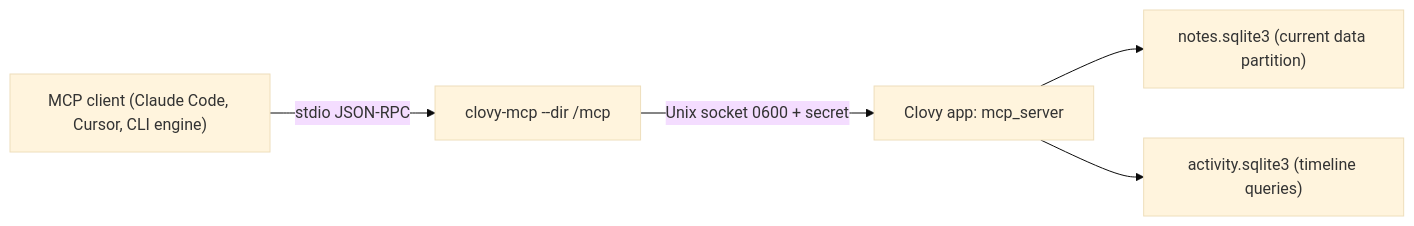
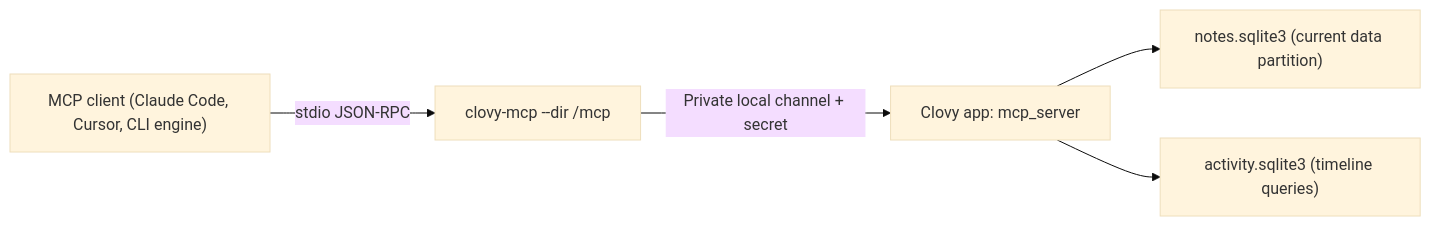
One commit to guilhermexp/os-clovy changed the diagram in docs/mcp-server.md. Above: the diagram before and after it, drawn with Mermaid (base theme). The commit also changed other lines of this file and 33 other files, not shown here.

Commit message:
fix(mcp): add private Windows transport and signed relay packaging

````diff
--- a/docs/mcp-server.md
+++ b/docs/mcp-server.md
@@ -82,7 +83,7 @@
 ```mermaid
 flowchart LR
   client["MCP client (Claude Code, Cursor, CLI engine)"] -- "stdio JSON-RPC" --> relay["clovy-mcp --dir <data>/mcp"]
-  relay -- "Unix socket 0600 + secret" --> app["Clovy app: mcp_server"]
+  relay -- "Private local channel + secret" --> app["Clovy app: mcp_server"]
   app --> notes["notes.sqlite3 (current data partition)"]
   app --> activity["activity.sqlite3 (timeline queries)"]
 ```
````
